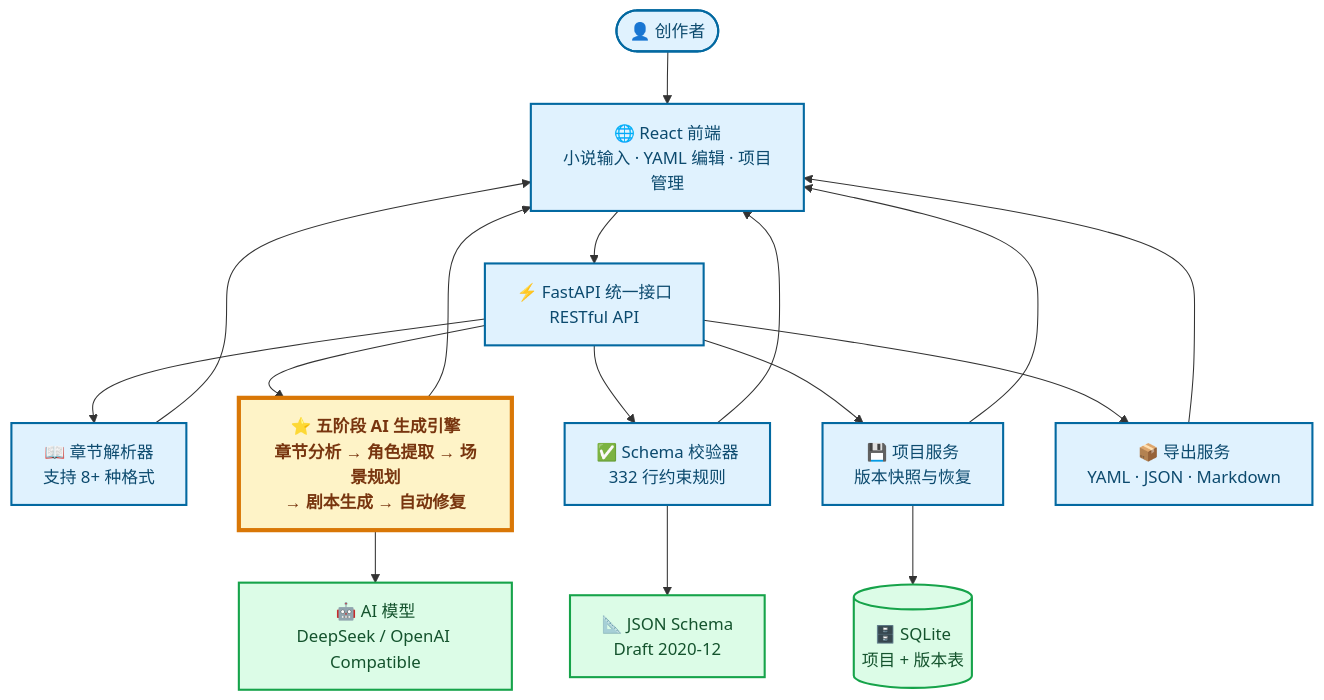
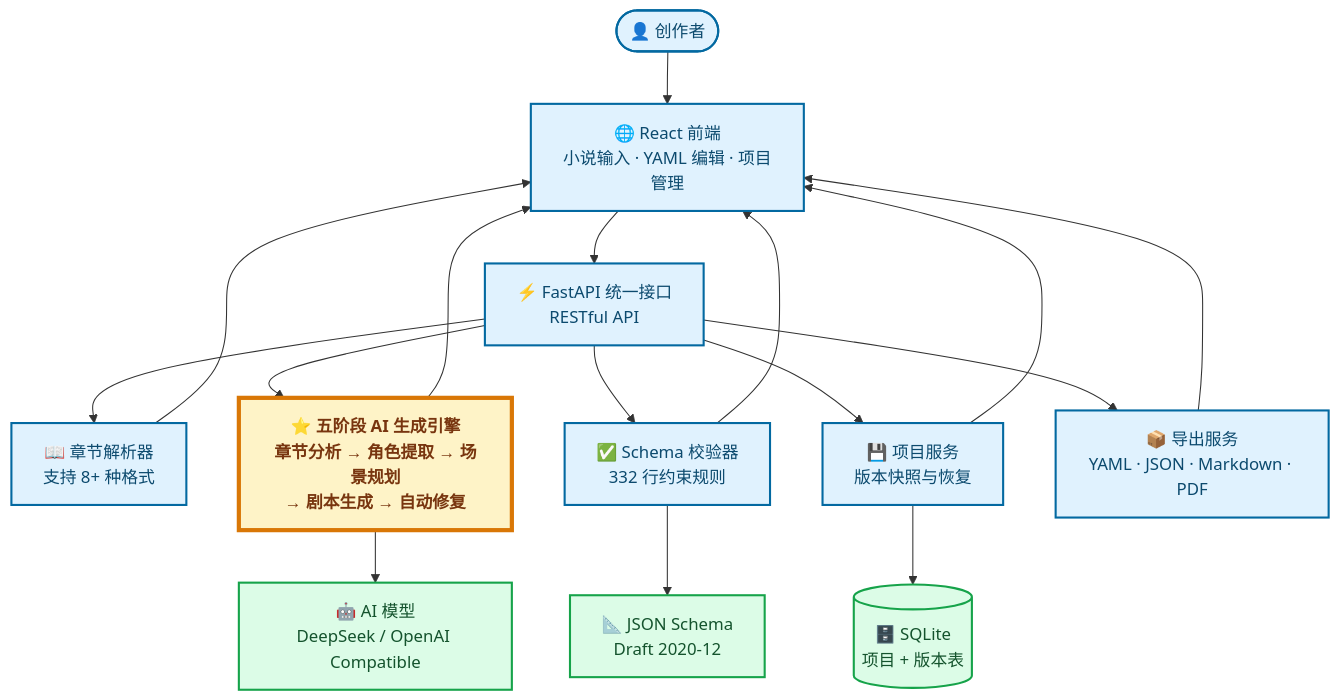
The second of 2 diagrams in README.md (wswhhhc/novel2script), drawn with Mermaid before and after one commit. The commit also changed other lines of this file and 8 other files, not shown here.

````diff
--- a/README.md
+++ b/README.md
@@ -161,31 +172,31 @@
 ```mermaid
 flowchart TB
     USER([👤 创作者]) --> WEB["🌐 React 前端<br/>小说输入 · YAML 编辑 · 项目管理"]
     
     WEB --> API["⚡ FastAPI 统一接口<br/>RESTful API"]
     
     API --> PARSER["📖 章节解析器<br/>支持 8+ 种格式"]
     API --> GENERATOR["⭐ 五阶段 AI 生成引擎<br/>章节分析 → 角色提取 → 场景规划<br/>→ 剧本生成 → 自动修复"]
     API --> VALIDATOR["✅ Schema 校验器<br/>332 行约束规则"]
     API --> PROJECT["💾 项目服务<br/>版本快照与恢复"]
-    API --> EXPORT["📦 导出服务<br/>YAML · JSON · Markdown"]
+    API --> EXPORT["📦 导出服务<br/>YAML · JSON · Markdown · PDF"]
     
     GENERATOR --> AI["🤖 AI 模型<br/>DeepSeek / OpenAI Compatible"]
     VALIDATOR --> SCHEMA["📐 JSON Schema<br/>Draft 2020-12"]
     PROJECT --> DB[("🗄️ SQLite<br/>项目 + 版本表")]
     
     PARSER --> WEB
     GENERATOR --> WEB
     VALIDATOR --> WEB
     PROJECT --> WEB
     EXPORT --> WEB
     
     classDef highlight fill:#fef3c7,stroke:#d97706,stroke-width:4px,color:#78350f,font-weight:bold
     classDef main fill:#e0f2fe,stroke:#0369a1,stroke-width:2px,color:#0c4a6e
     classDef data fill:#dcfce7,stroke:#16a34a,stroke-width:2px,color:#14532d
     classDef external fill:#fee2e2,stroke:#dc2626,stroke-width:2px,color:#7f1d1d
     
     class GENERATOR highlight
     class USER,WEB,API,PARSER,VALIDATOR,PROJECT,EXPORT main
     class AI,SCHEMA,DB data
 ```
````
